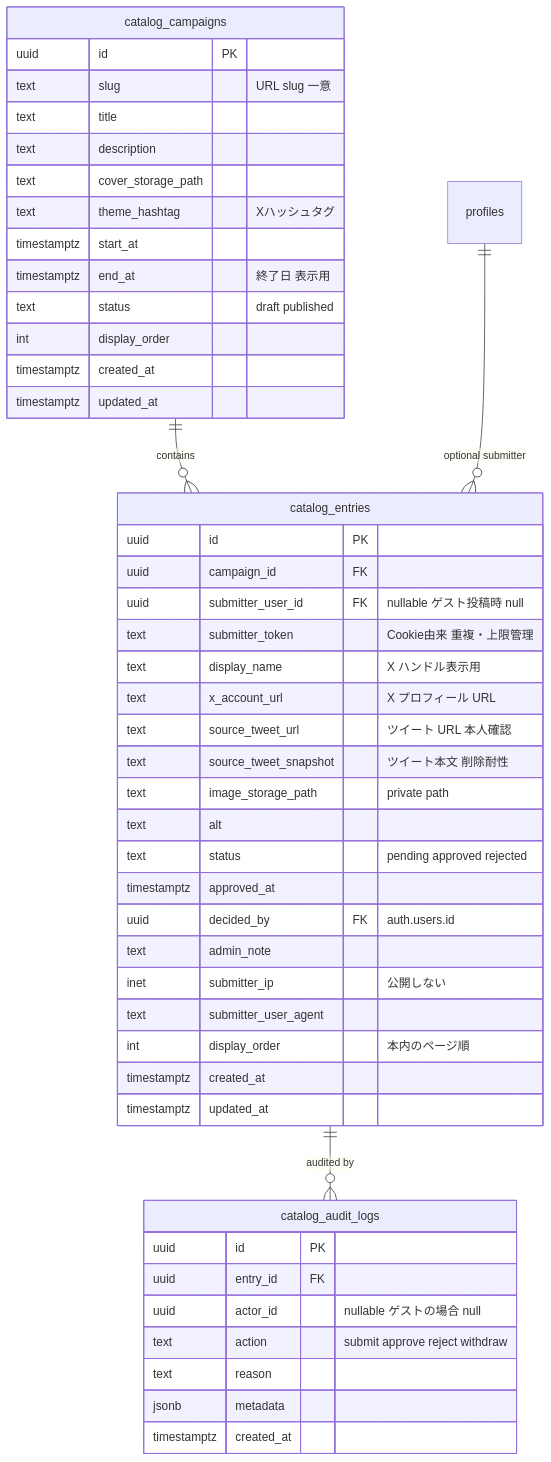
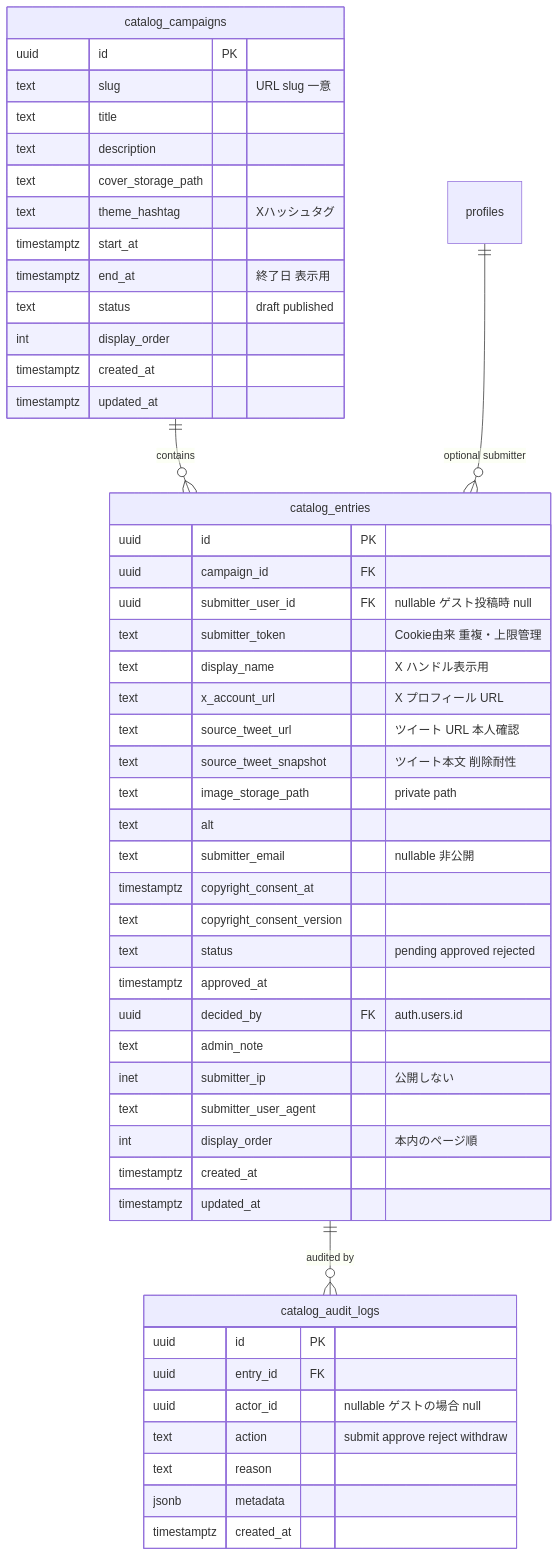
The first of 5 diagrams in docs/planning/user-catalog-implementation-plan.md (3balljugglerYu/ai_coordinate), drawn with Mermaid before and after one commit. The commit also changed other lines of this file, not shown here.

````diff
--- a/docs/planning/user-catalog-implementation-plan.md
+++ b/docs/planning/user-catalog-implementation-plan.md
@@ -46,53 +50,56 @@
 ```mermaid
 erDiagram
     catalog_campaigns ||--o{ catalog_entries : "contains"
     profiles ||--o{ catalog_entries : "optional submitter"
     catalog_entries ||--o{ catalog_audit_logs : "audited by"
 
     catalog_campaigns {
         uuid id PK
         text slug "URL slug 一意"
         text title
         text description
         text cover_storage_path
         text theme_hashtag "Xハッシュタグ"
         timestamptz start_at
         timestamptz end_at "終了日 表示用"
         text status "draft published"
         int display_order
         timestamptz created_at
         timestamptz updated_at
     }
 
     catalog_entries {
         uuid id PK
         uuid campaign_id FK
         uuid submitter_user_id FK "nullable ゲスト投稿時 null"
         text submitter_token "Cookie由来 重複・上限管理"
         text display_name "X ハンドル表示用"
         text x_account_url "X プロフィール URL"
         text source_tweet_url "ツイート URL 本人確認"
         text source_tweet_snapshot "ツイート本文 削除耐性"
         text image_storage_path "private path"
         text alt
+        text submitter_email "nullable 非公開"
+        timestamptz copyright_consent_at
+        text copyright_consent_version
         text status "pending approved rejected"
         timestamptz approved_at
         uuid decided_by FK "auth.users.id"
         text admin_note
         inet submitter_ip "公開しない"
         text submitter_user_agent
         int display_order "本内のページ順"
         timestamptz created_at
         timestamptz updated_at
     }
 
     catalog_audit_logs {
         uuid id PK
         uuid entry_id FK
         uuid actor_id "nullable ゲストの場合 null"
         text action "submit approve reject withdraw"
         text reason
         jsonb metadata
         timestamptz created_at
     }
 ```
````
